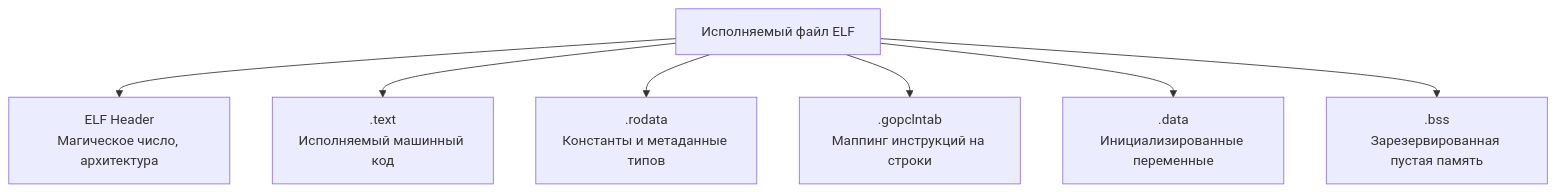
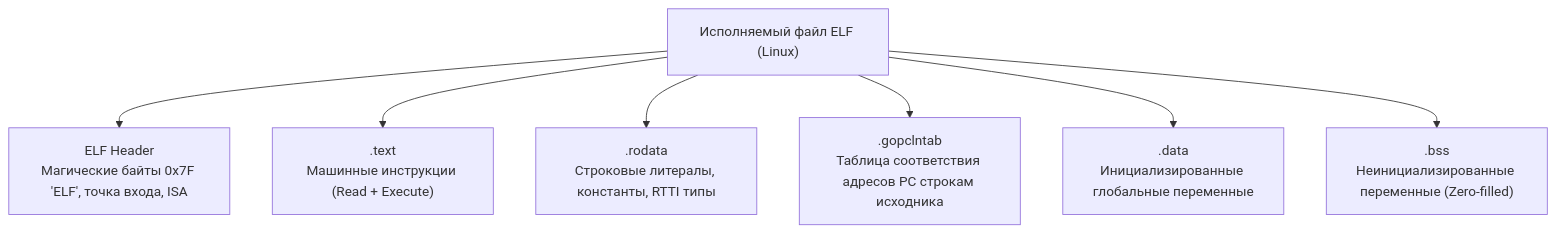
One commit to UnrealTemplier/go-textbook changed the diagram in sources/7. Глубокий Go (Внутреннее устройство)/7. Устройство бинарника Go.md. Above: the diagram before and after it, drawn with Mermaid. The commit also changed other lines of this file, not shown here.

````diff
--- a/sources/7. Глубокий Go (Внутреннее устройство)/7. Устройство бинарника Go.md
+++ b/sources/7. Глубокий Go (Внутреннее устройство)/7. Устройство бинарника Go.md
@@ -29,9 +37,9 @@
 ```mermaid
 flowchart TD
-    ELF["Исполняемый файл ELF"] --> HEADER["ELF Header<br>Магическое число, архитектура"]
-    ELF --> TEXT[".text<br>Исполняемый машинный код"]
-    ELF --> RODATA[".rodata<br>Константы и метаданные типов"]
-    ELF --> GOPCLN[".gopclntab<br>Маппинг инструкций на строки"]
-    ELF --> DATA[".data<br>Инициализированные переменные"]
-    ELF --> BSS[".bss<br>Зарезервированная пустая память"]
+    ELF["Исполняемый файл ELF (Linux)"] --> HEADER["ELF Header<br>Магические байты 0x7F 'ELF', точка входа, ISA"]
+    ELF --> TEXT[".text<br>Машинные инструкции (Read + Execute)"]
+    ELF --> RODATA[".rodata<br>Строковые литералы, константы, RTTI типы"]
+    ELF --> GOPCLN[".gopclntab<br>Таблица соответствия адресов PC строкам исходника"]
+    ELF --> DATA[".data<br>Инициализированные глобальные переменные"]
+    ELF --> BSS[".bss<br>Неинициализированные переменные (Zero-filled)"]
 ```
````
